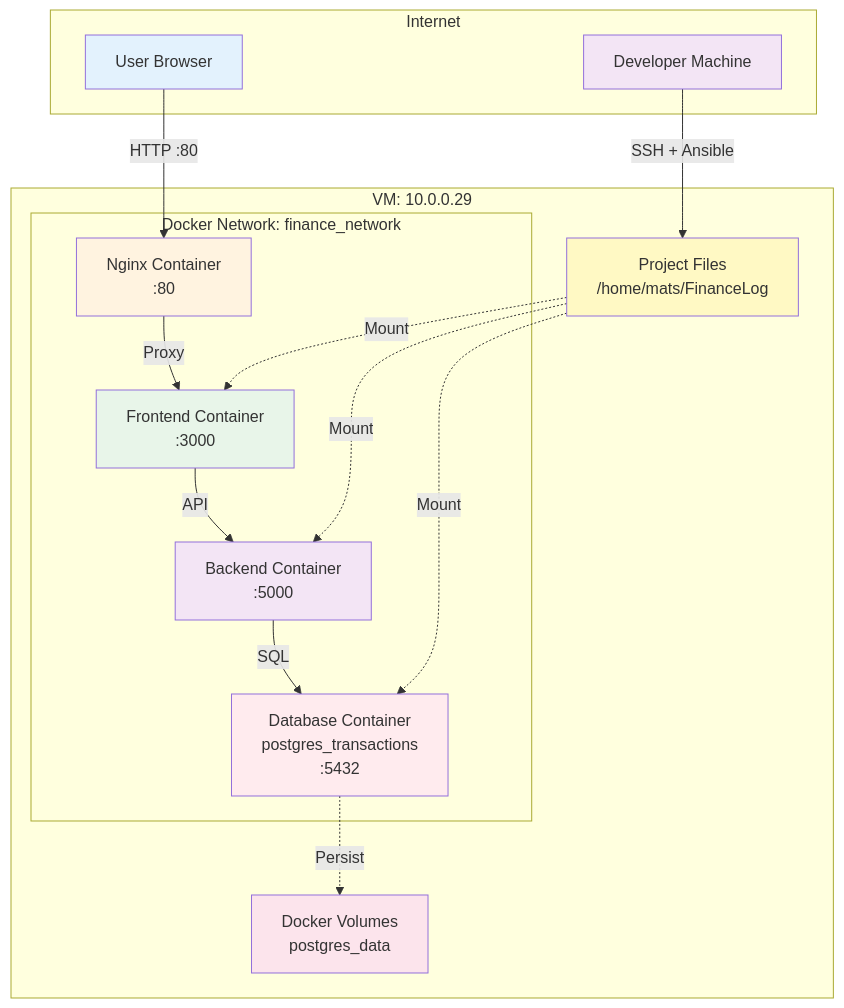
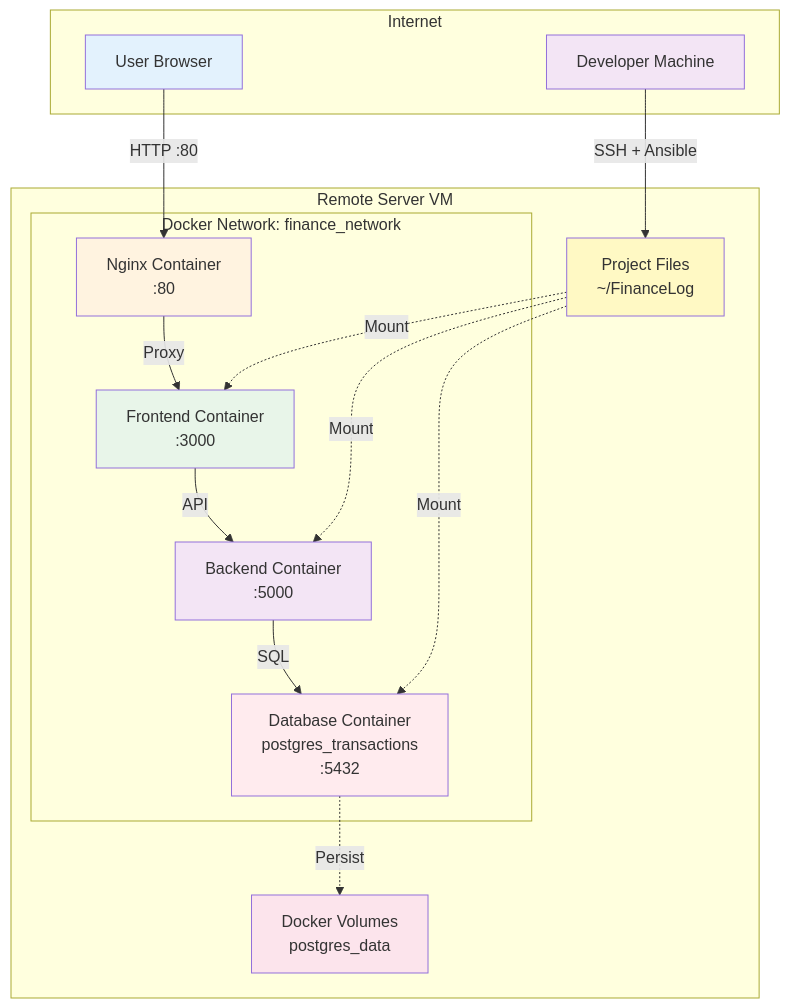
One commit to FjeldMats/FinanceLog changed the second of 7 diagrams in README.md. Above: the diagram before and after it, drawn with Mermaid. The commit also changed other lines of this file and 6 other files, not shown here.

````diff
--- a/README.md
+++ b/README.md
@@ -35,38 +46,38 @@
 ```mermaid
 graph TB
     subgraph Internet
         U[User Browser]
         DEV[Developer Machine]
     end
 
-    subgraph "VM: 10.0.0.29"
+    subgraph "Remote Server VM"
         subgraph "Docker Network: finance_network"
             N[Nginx Container<br/>:80]
             F[Frontend Container<br/>:3000]
             B[Backend Container<br/>:5000]
             D[Database Container<br/>postgres_transactions<br/>:5432]
         end
 
         V[Docker Volumes<br/>postgres_data]
-        P[Project Files<br/>/home/mats/FinanceLog]
+        P[Project Files<br/>~/FinanceLog]
     end
 
     U -->|HTTP :80| N
     DEV -->|SSH + Ansible| P
     N -->|Proxy| F
     F -->|API| B
     B -->|SQL| D
     D -.->|Persist| V
     P -.->|Mount| F
     P -.->|Mount| B
     P -.->|Mount| D
 
     style U fill:#e3f2fd
     style DEV fill:#f3e5f5
     style N fill:#fff3e0
     style F fill:#e8f5e9
     style B fill:#f3e5f5
     style D fill:#ffebee
     style V fill:#fce4ec
     style P fill:#fff9c4
 ```
````
